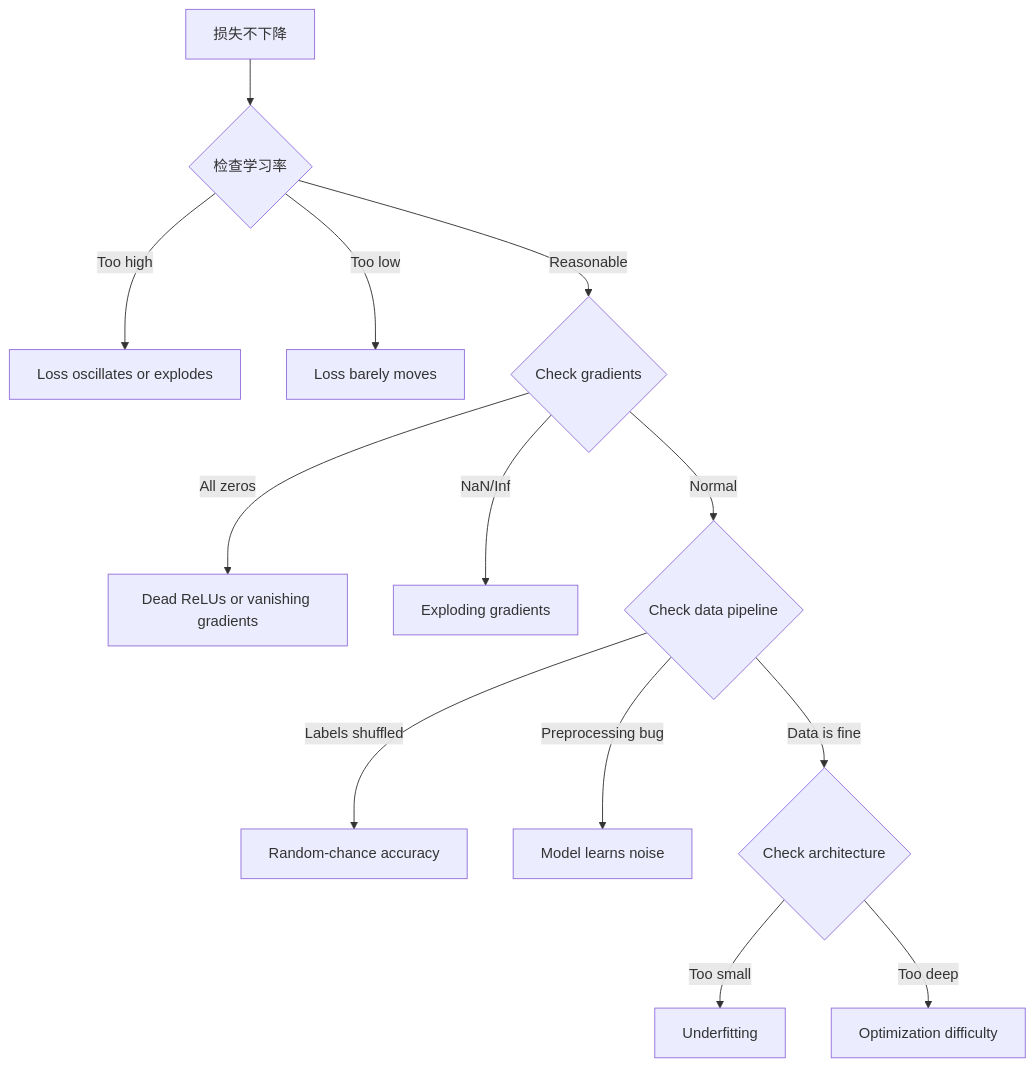
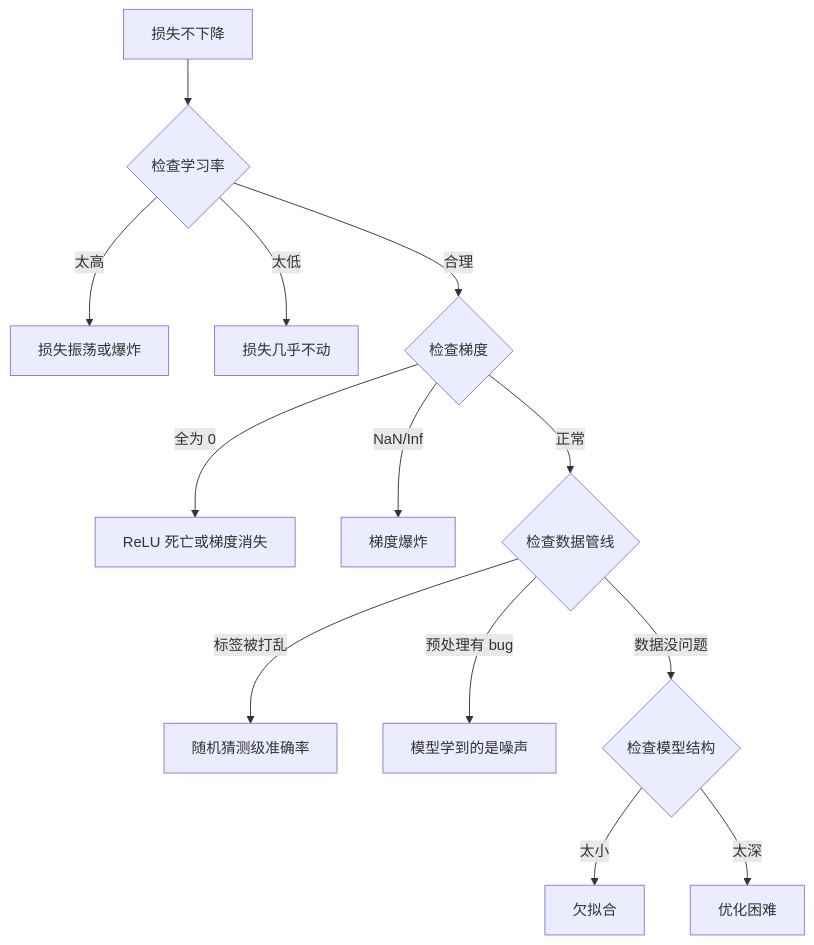
The first of 5 diagrams in phases/03-deep-learning-core/13-debugging-neural-networks/docs/zh.md (omigaZen/ai-engineering-from-scratch), drawn with Mermaid before and after one commit.

Commit message:
feat(phase-03/13): refine zh debugging wording

````diff
--- a/phases/03-deep-learning-core/13-debugging-neural-networks/docs/zh.md
+++ b/phases/03-deep-learning-core/13-debugging-neural-networks/docs/zh.md
@@ -35,15 +35,15 @@
 ```mermaid
 flowchart TD
     A["损失不下降"] --> B{"检查学习率"}
-    B -->|"Too high"| C["Loss oscillates or explodes"]
-    B -->|"Too low"| D["Loss barely moves"]
-    B -->|"Reasonable"| E{"Check gradients"}
-    E -->|"All zeros"| F["Dead ReLUs or vanishing gradients"]
-    E -->|"NaN/Inf"| G["Exploding gradients"]
-    E -->|"Normal"| H{"Check data pipeline"}
-    H -->|"Labels shuffled"| I["Random-chance accuracy"]
-    H -->|"Preprocessing bug"| J["Model learns noise"]
-    H -->|"Data is fine"| K{"Check architecture"}
-    K -->|"Too small"| L["Underfitting"]
-    K -->|"Too deep"| M["Optimization difficulty"]
+    B -->|"太高"| C["损失振荡或爆炸"]
+    B -->|"太低"| D["损失几乎不动"]
+    B -->|"合理"| E{"检查梯度"}
+    E -->|"全为 0"| F["ReLU 死亡或梯度消失"]
+    E -->|"NaN/Inf"| G["梯度爆炸"]
+    E -->|"正常"| H{"检查数据管线"}
+    H -->|"标签被打乱"| I["随机猜测级准确率"]
+    H -->|"预处理有 bug"| J["模型学到的是噪声"]
+    H -->|"数据没问题"| K{"检查模型结构"}
+    K -->|"太小"| L["欠拟合"]
+    K -->|"太深"| M["优化困难"]
 ```
````
